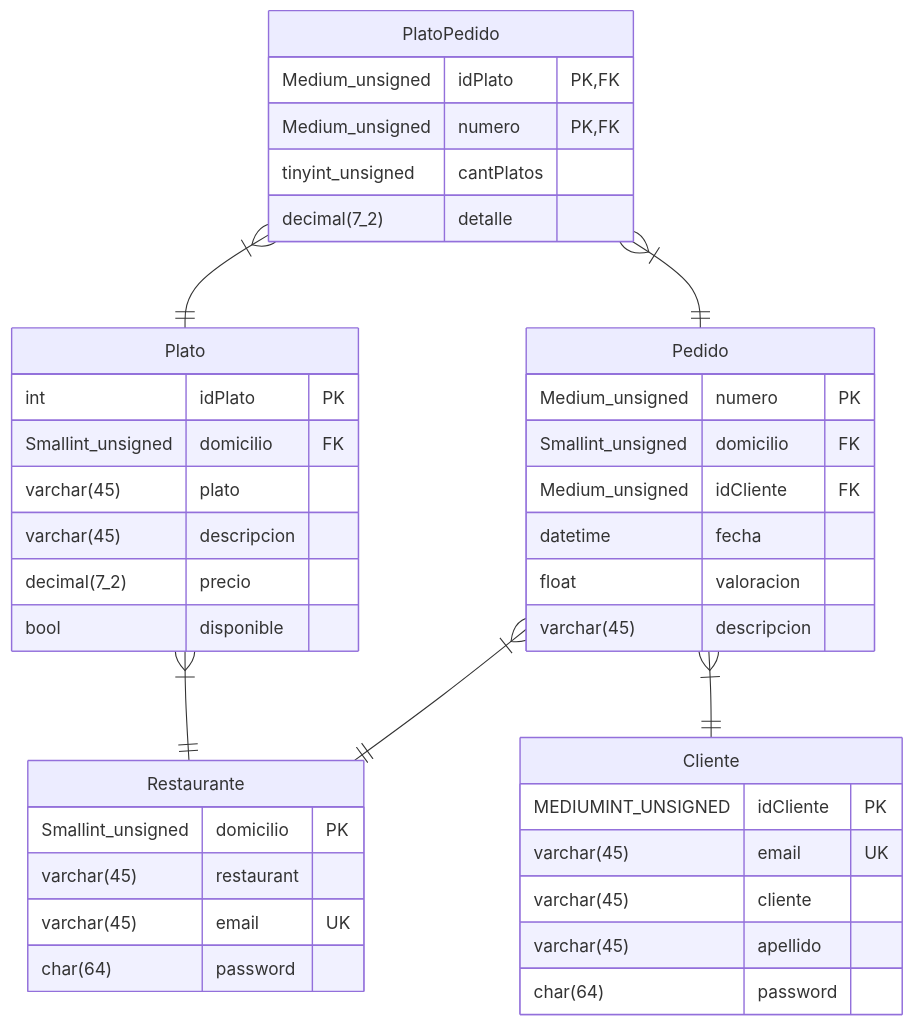
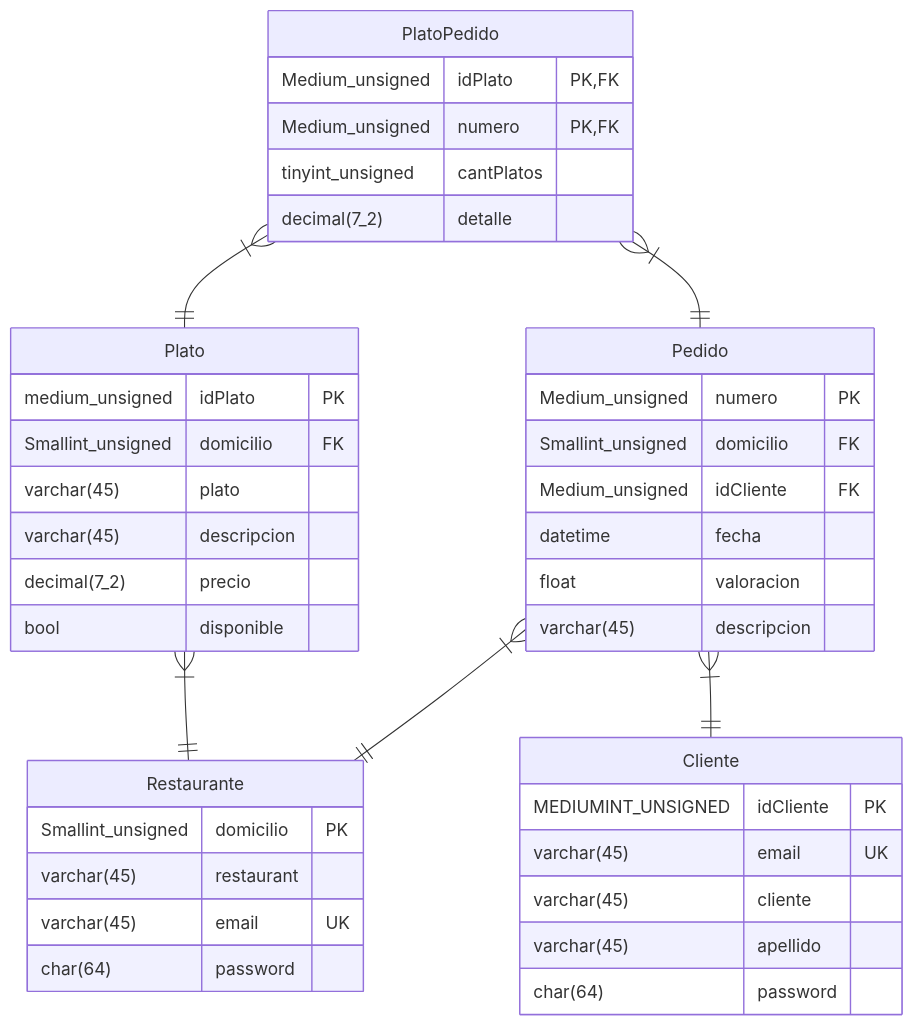
The diagram in doc/README.md (FranciscoBHF/Rapi_app), drawn with Mermaid before and after one commit. The commit also changed 1 other file, not shown here.

Commit message:
-Agregado AltaTodo y parte de GananciaResto -Arreglo de consistencia de datos

````diff
--- a/doc/README.md
+++ b/doc/README.md
@@ -1,44 +1,44 @@
 ```mermaid
 erDiagram
     Restaurante{
         Smallint_unsigned  domicilio PK
         varchar(45) restaurant
         varchar(45) email UK
         char(64) password 
 
     }
     Plato{
-        int idPlato PK
+        medium_unsigned idPlato PK
         Smallint_unsigned domicilio FK
         varchar(45) plato
         varchar(45) descripcion
         decimal(7_2) precio
         bool disponible
     }   
     Cliente{
         MEDIUMINT_UNSIGNED idCliente PK
         varchar(45) email UK
         varchar(45) cliente
         varchar(45) apellido
         char(64) password
     }
     Pedido{
         Medium_unsigned numero PK
         Smallint_unsigned domicilio FK
         Medium_unsigned idCliente FK
         datetime fecha
         float valoracion 
         varchar(45) descripcion
     }
     PlatoPedido{
         Medium_unsigned idPlato PK,FK
         Medium_unsigned numero PK,FK
         tinyint_unsigned cantPlatos
         decimal(7_2) detalle 
     }
     Plato }|--|| Restaurante : ""
     Pedido }|--|| Restaurante : ""
     PlatoPedido }|--|| Plato : ""
     PlatoPedido }|--|| Pedido : ""
     Pedido }|--|| Cliente : ""
 ```
````
